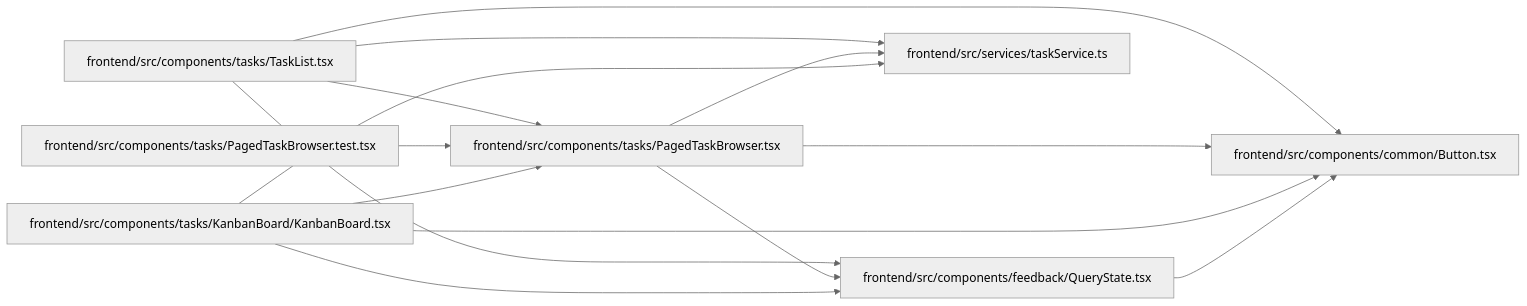
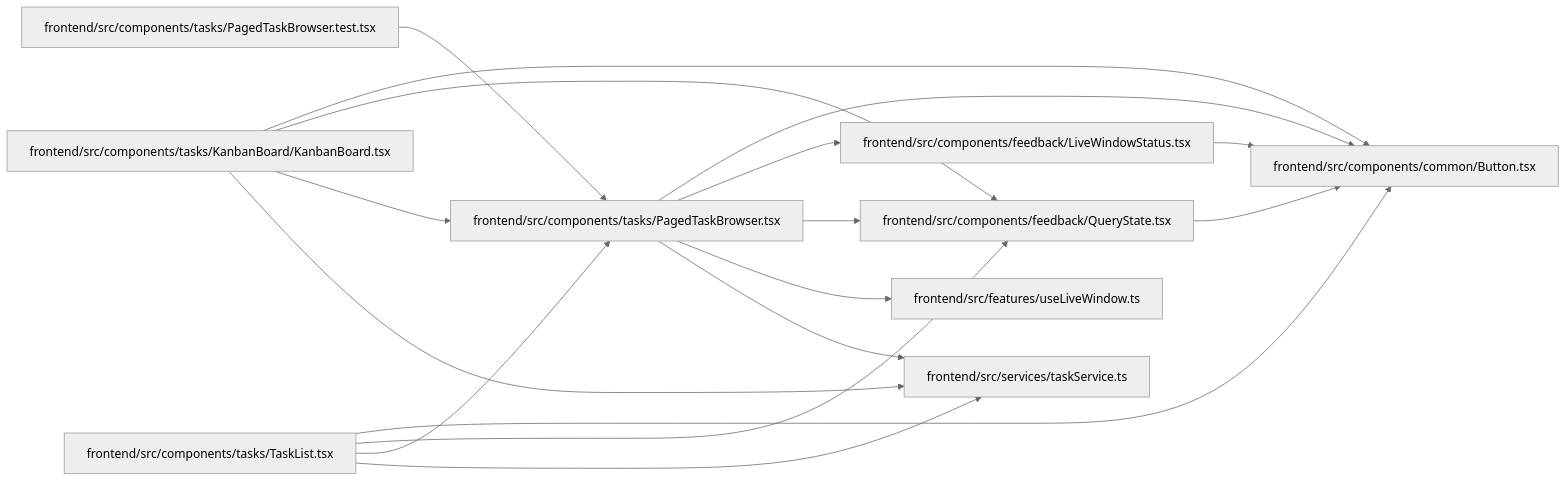
The diagram in docs/llm_wiki/modules/PagedTaskBrowser.md (Denissvgn/WorkChord), drawn with Mermaid (neutral theme) before and after one commit. The commit also changed other lines of this file and 10148 other files, not shown here.

````diff
--- a/docs/llm_wiki/modules/PagedTaskBrowser.md
+++ b/docs/llm_wiki/modules/PagedTaskBrowser.md
@@ -32,30 +33,37 @@
 ```mermaid
 flowchart LR
     n0["frontend/src/components/common/Button.tsx"]
-    n1["frontend/src/components/feedback/QueryState.tsx"]
-    n2["frontend/src/components/tasks/KanbanBoard/KanbanBoard.tsx"]
-    n3["frontend/src/components/tasks/PagedTaskBrowser.test.tsx"]
-    n4["frontend/src/components/tasks/PagedTaskBrowser.tsx"]
-    n5["frontend/src/components/tasks/TaskList.tsx"]
-    n6["frontend/src/services/taskService.ts"]
+    n1["frontend/src/components/feedback/LiveWindowStatus.tsx"]
+    n2["frontend/src/components/feedback/QueryState.tsx"]
+    n3["frontend/src/components/tasks/KanbanBoard/KanbanBoard.tsx"]
+    n4["frontend/src/components/tasks/PagedTaskBrowser.test.tsx"]
+    n5["frontend/src/components/tasks/PagedTaskBrowser.tsx"]
+    n6["frontend/src/components/tasks/TaskList.tsx"]
+    n7["frontend/src/features/useLiveWindow.ts"]
+    n8["frontend/src/services/taskService.ts"]
     n1 --> n0
     n2 --> n0
-    n2 --> n1
-    n2 --> n4
-    n2 --> n6
-    n3 --> n4
-    n4 --> n0
-    n4 --> n1
-    n4 --> n6
+    n3 --> n0
+    n3 --> n2
+    n3 --> n5
+    n3 --> n8
+    n4 --> n5
     n5 --> n0
     n5 --> n1
-    n5 --> n4
-    n5 --> n6
+    n5 --> n2
+    n5 --> n7
+    n5 --> n8
+    n6 --> n0
+    n6 --> n2
+    n6 --> n5
+    n6 --> n8
     click n0 "../modules/Button.md"
-    click n1 "../modules/QueryState.md"
-    click n2 "../modules/KanbanBoard.md"
-    click n3 "../modules/PagedTaskBrowser.test.md"
-    click n4 "../modules/PagedTaskBrowser.md"
-    click n5 "../modules/TaskList.md"
-    click n6 "../modules/taskService.md"
+    click n1 "../modules/LiveWindowStatus.md"
+    click n2 "../modules/QueryState.md"
+    click n3 "../modules/KanbanBoard.md"
+    click n4 "../modules/PagedTaskBrowser.test.md"
+    click n5 "../modules/PagedTaskBrowser.md"
+    click n6 "../modules/TaskList.md"
+    click n7 "../modules/useLiveWindow.md"
+    click n8 "../modules/taskService.md"
 ```
````
